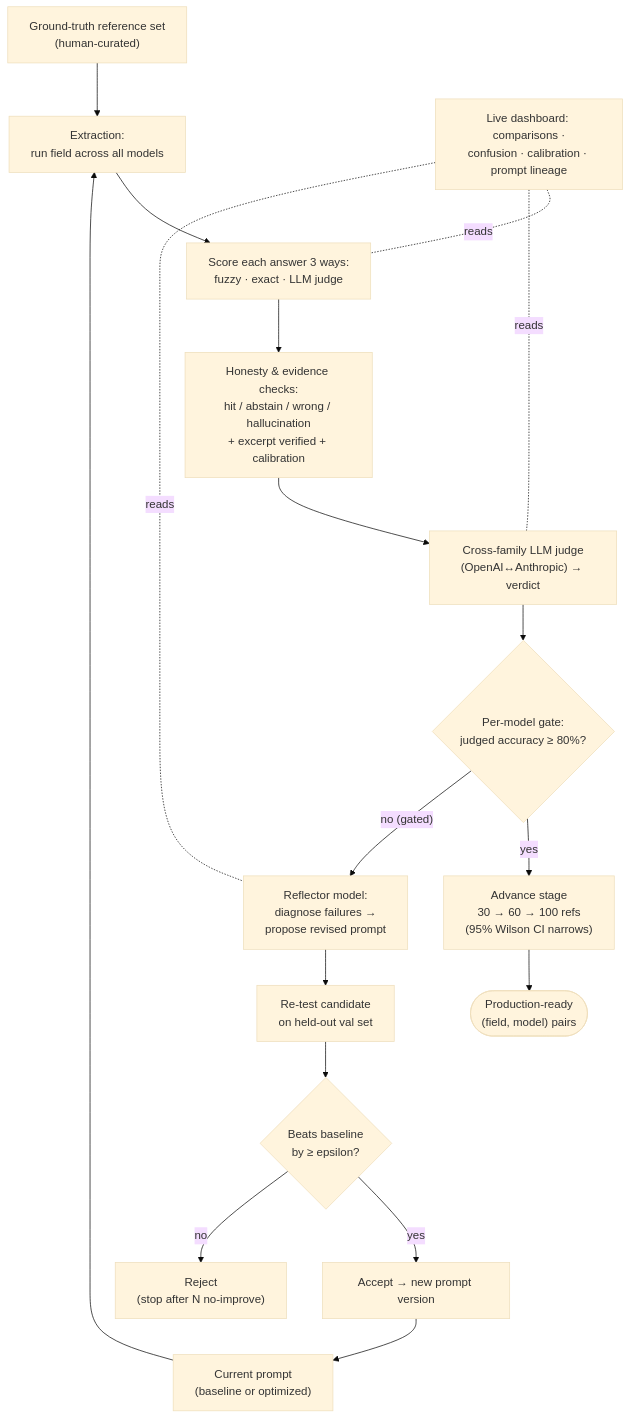
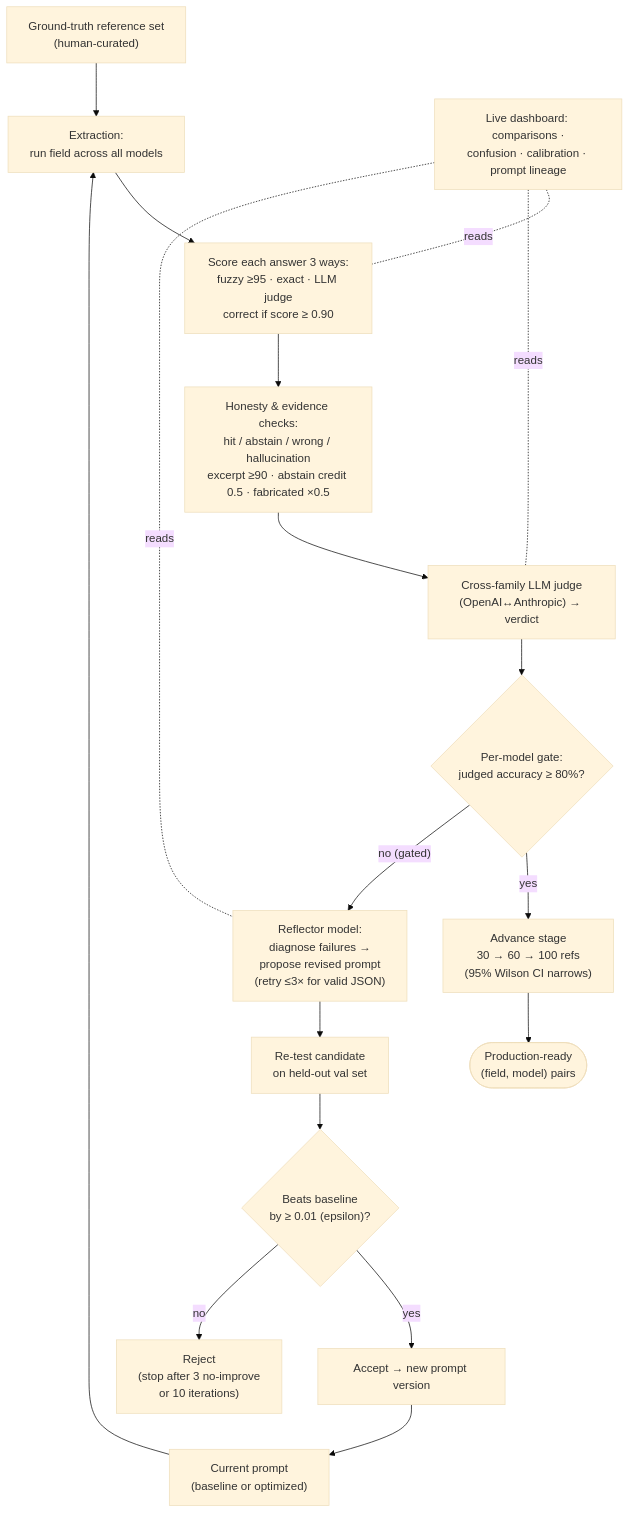
Before and after one commit to lsempe77/promptlab: the diagram in backend/README.md, drawn with Mermaid (base theme). The commit also changed 5 other files, not shown here.

Commit message:
Render pipeline diagram in dashboard Methodology (mermaid) + annotate decision thresholds (gate 80%, epsilon 0.01, stop-after-3, fuzzy 95, correct 0.90) in diagram and README

````diff
--- a/backend/README.md
+++ b/backend/README.md
@@ -27,20 +27,20 @@
 ```mermaid
 flowchart TD
     GT["Ground-truth reference set<br/>(human-curated)"] --> EX
     P["Current prompt<br/>(baseline or optimized)"] --> EX["Extraction:<br/>run field across all models"]
-    EX --> SC["Score each answer 3 ways:<br/>fuzzy · exact · LLM judge"]
-    SC --> HON["Honesty & evidence checks:<br/>hit / abstain / wrong / hallucination<br/>+ excerpt verified + calibration"]
+    EX --> SC["Score each answer 3 ways:<br/>fuzzy ≥95 · exact · LLM judge<br/>correct if score ≥ 0.90"]
+    SC --> HON["Honesty & evidence checks:<br/>hit / abstain / wrong / hallucination<br/>excerpt ≥90 · abstain credit 0.5 · fabricated ×0.5"]
     HON --> JUDGE["Cross-family LLM judge<br/>(OpenAI↔Anthropic) → verdict"]
     JUDGE --> GATE{"Per-model gate:<br/>judged accuracy ≥ 80%?"}
     GATE -- "yes" --> STAGE["Advance stage<br/>30 → 60 → 100 refs<br/>(95% Wilson CI narrows)"]
-    GATE -- "no (gated)" --> REFLECT["Reflector model:<br/>diagnose failures →<br/>propose revised prompt"]
+    GATE -- "no (gated)" --> REFLECT["Reflector model:<br/>diagnose failures →<br/>propose revised prompt<br/>(retry ≤3× for valid JSON)"]
     REFLECT --> RETEST["Re-test candidate<br/>on held-out val set"]
-    RETEST --> BETTER{"Beats baseline<br/>by ≥ epsilon?"}
+    RETEST --> BETTER{"Beats baseline<br/>by ≥ 0.01 (epsilon)?"}
     BETTER -- "yes" --> ACCEPT["Accept → new prompt version"]
-    BETTER -- "no" --> REJECT["Reject<br/>(stop after N no-improve)"]
+    BETTER -- "no" --> REJECT["Reject<br/>(stop after 3 no-improve<br/>or 10 iterations)"]
     ACCEPT --> P
     STAGE --> DONE(["Production-ready<br/>(field, model) pairs"])
     DASH["Live dashboard: comparisons ·<br/>confusion · calibration · prompt lineage"] -.reads.- SC
     DASH -.reads.- JUDGE
     DASH -.reads.- REFLECT
 ```
````
